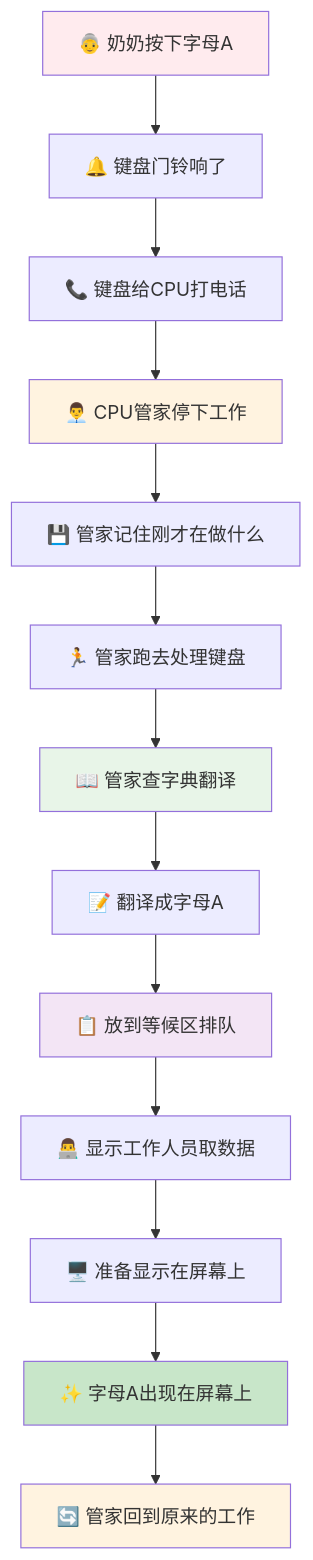
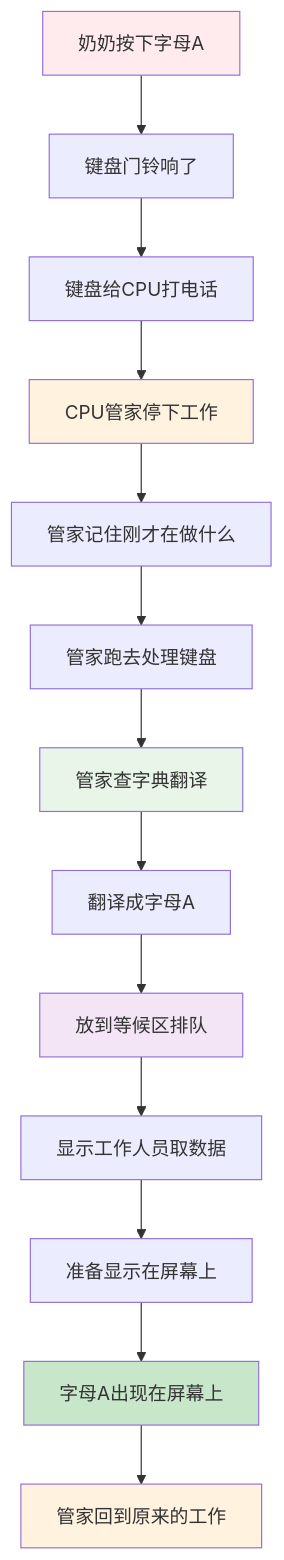
One commit to xlb3055/newBlog changed the diagram in src/奶奶八股/基础/键盘敲入字母时，期间发生了什么?.md. Above: the diagram before and after it, drawn with Mermaid. The commit also changed other lines of this file and 10 other files, not shown here.

````diff
--- a/src/奶奶八股/基础/键盘敲入字母时，期间发生了什么?.md
+++ b/src/奶奶八股/基础/键盘敲入字母时，期间发生了什么?.md
@@ -251,22 +251,22 @@
 ```mermaid
 flowchart TD
-    A[👵 奶奶按下字母A] --> B[🔔 键盘门铃响了]
-    B --> C[📞 键盘给CPU打电话]
-    C --> D[👨‍💼 CPU管家停下工作]
-    D --> E[💾 管家记住刚才在做什么]
-    E --> F[🏃 管家跑去处理键盘]
-    F --> G[📖 管家查字典翻译]
-    G --> H[📝 翻译成字母A]
-    H --> I[📋 放到等候区排队]
-    I --> J[👨‍💻 显示工作人员取数据]
-    J --> K[🖥️ 准备显示在屏幕上]
-    K --> L[✨ 字母A出现在屏幕上]
-    L --> M[🔄 管家回到原来的工作]
+    A[奶奶按下字母A] --> B[键盘门铃响了]
+    B --> C[键盘给CPU打电话]
+    C --> D[CPU管家停下工作]
+    D --> E[管家记住刚才在做什么]
+    E --> F[管家跑去处理键盘]
+    F --> G[管家查字典翻译]
+    G --> H[翻译成字母A]
+    H --> I[放到等候区排队]
+    I --> J[显示工作人员取数据]
+    J --> K[准备显示在屏幕上]
+    K --> L[字母A出现在屏幕上]
+    L --> M[管家回到原来的工作]
     
     style A fill:#ffebee
     style D fill:#fff3e0
     style G fill:#e8f5e8
     style I fill:#f3e5f5
     style L fill:#c8e6c9
     style M fill:#fff3e0
 ```
````
